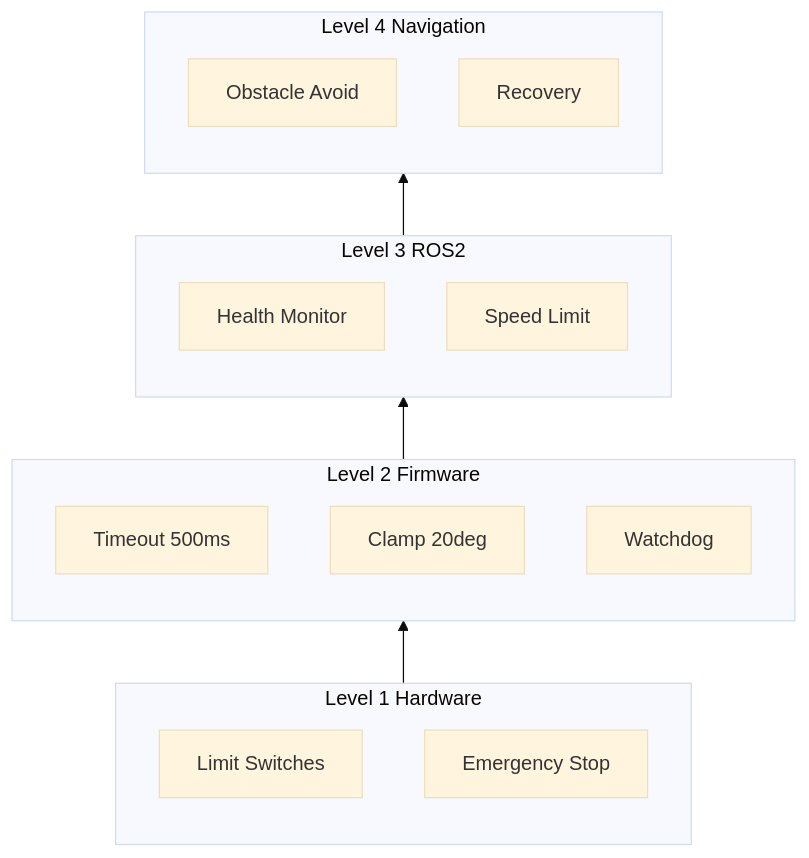
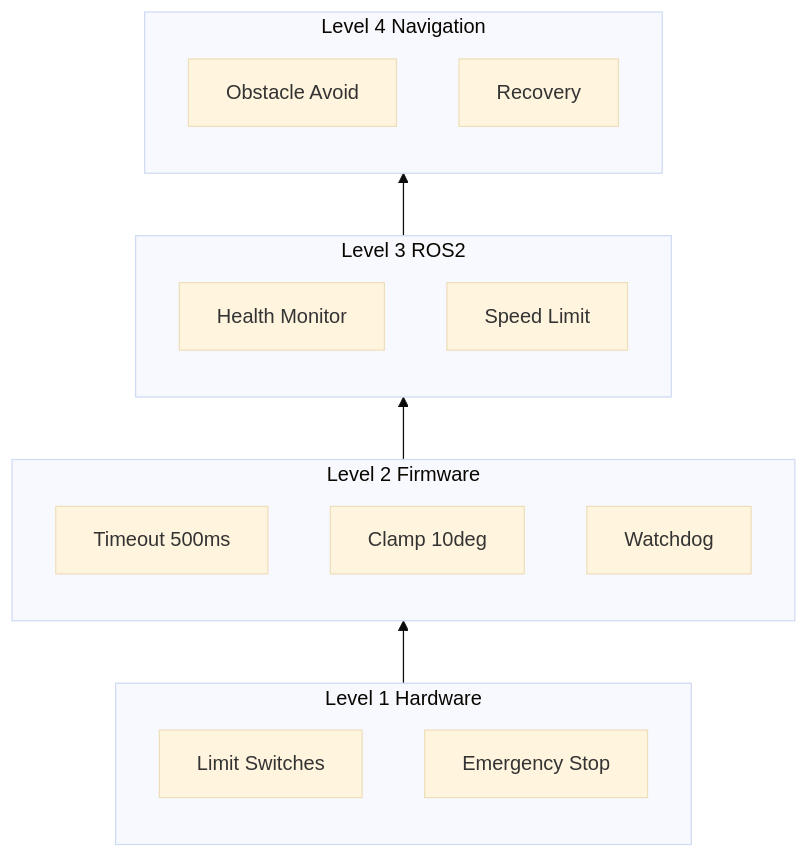
Diagram 13 of 13 in SYSTEM_DOCUMENTATION.md (KashmeeraTT/Ackerman_UGV), drawn with Mermaid (base theme) before and after one commit. The commit also changed other lines of this file and 32 other files, not shown here.

````diff
--- a/SYSTEM_DOCUMENTATION.md
+++ b/SYSTEM_DOCUMENTATION.md
@@ -619,27 +619,27 @@
 ```mermaid
 flowchart BT
     subgraph L1[Level 1 Hardware]
         LS[Limit Switches]
         ES[Emergency Stop]
     end
     
     subgraph L2[Level 2 Firmware]
         TO[Timeout 500ms]
-        SC[Clamp 20deg]
+        SC[Clamp 10deg]
         WD[Watchdog]
     end
     
     subgraph L3[Level 3 ROS2]
         HM[Health Monitor]
         SF[Speed Limit]
     end
     
     subgraph L4[Level 4 Navigation]
         OA[Obstacle Avoid]
         RB[Recovery]
     end
     
     L1 --> L2
     L2 --> L3
     L3 --> L4
 ```
````
